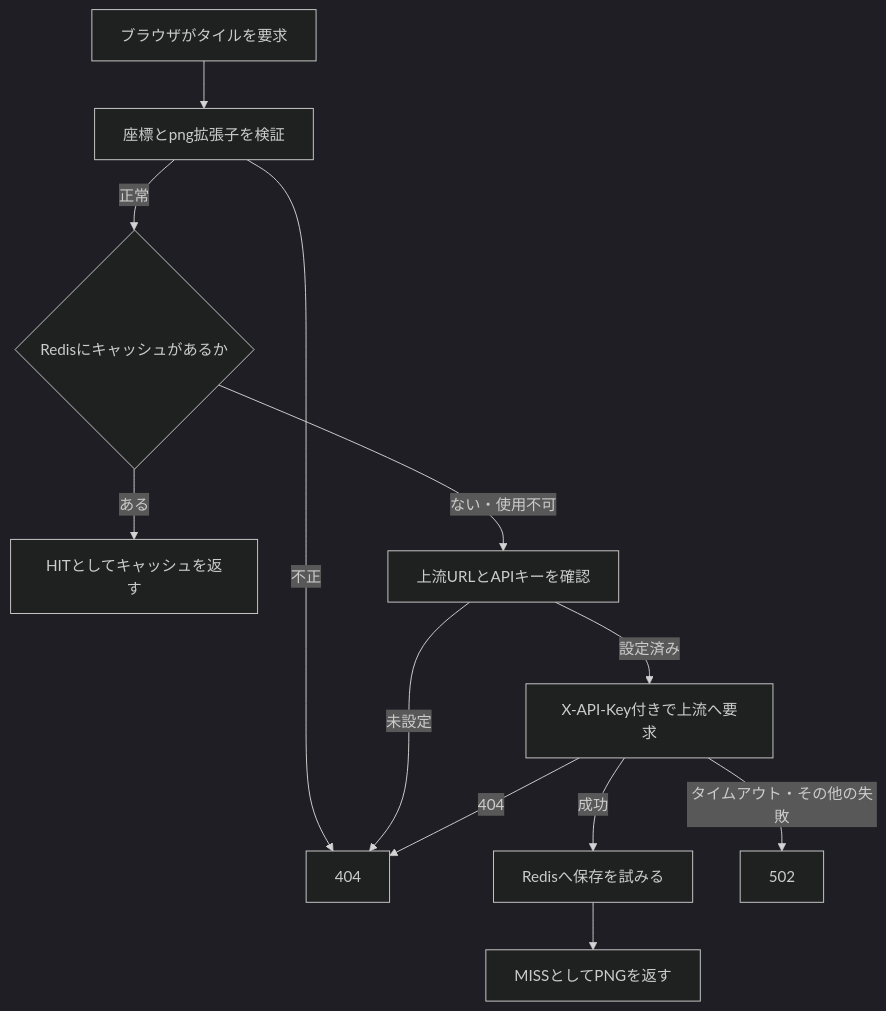
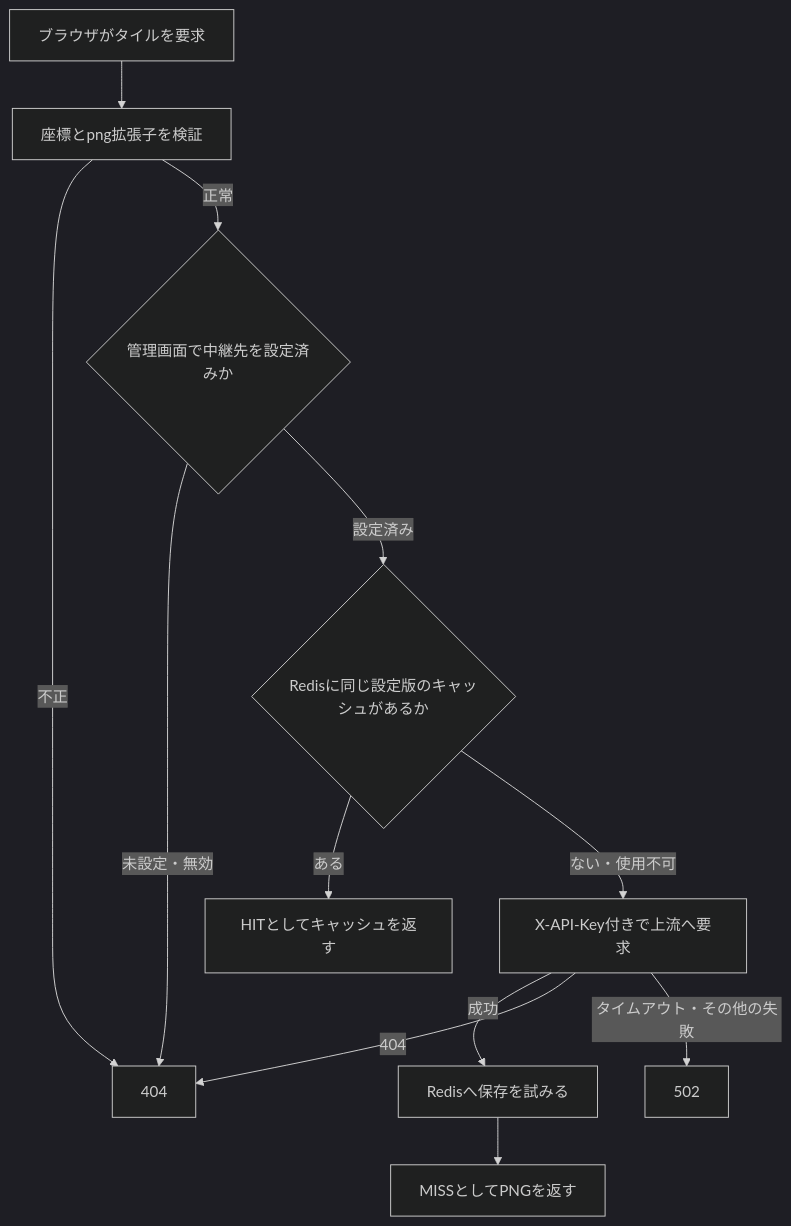
One commit to itsuki-maru/GeoCode-Web-Single changed the diagram in docs/TILE_PROXY.md. Above: the diagram before and after it, drawn with Mermaid (dark theme). The commit also changed other lines of this file and 81 other files, not shown here.

````diff
--- a/docs/TILE_PROXY.md
+++ b/docs/TILE_PROXY.md
@@ -9,14 +9,14 @@
 ```mermaid
 flowchart TD
     A["ブラウザがタイルを要求"] --> B["座標とpng拡張子を検証"]
     B -->|不正| C["404"]
-    B -->|正常| D{"Redisにキャッシュがあるか"}
+    B -->|正常| F{"管理画面で中継先を設定済みか"}
+    F -->|未設定・無効| C
+    F -->|設定済み| D{"Redisに同じ設定版のキャッシュがあるか"}
     D -->|ある| E["HITとしてキャッシュを返す"]
-    D -->|ない・使用不可| F["上流URLとAPIキーを確認"]
-    F -->|未設定| C
-    F -->|設定済み| G["X-API-Key付きで上流へ要求"]
+    D -->|ない・使用不可| G["X-API-Key付きで上流へ要求"]
     G -->|成功| H["Redisへ保存を試みる"]
     H --> I["MISSとしてPNGを返す"]
     G -->|404| C
     G -->|タイムアウト・その他の失敗| J["502"]
 ```
````
